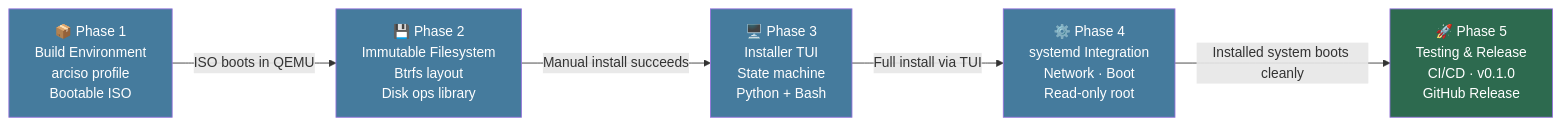
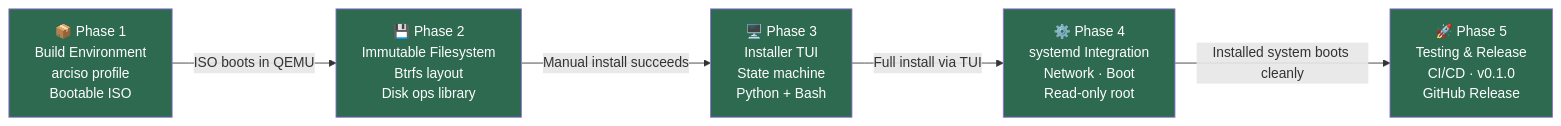
One commit to Arkh-Ur/ouroborOS changed the first of 2 diagrams in IMPLEMENTATION_PLAN.md. Above: the diagram before and after it, drawn with Mermaid. The commit also changed other lines of this file and 18 other files, not shown here.

````diff
--- a/IMPLEMENTATION_PLAN.md
+++ b/IMPLEMENTATION_PLAN.md
@@ -294,19 +296,19 @@
 ```mermaid
 flowchart LR
     P1["📦 Phase 1\nBuild Environment\narciso profile\nBootable ISO"]
     P2["💾 Phase 2\nImmutable Filesystem\nBtrfs layout\nDisk ops library"]
     P3["🖥️ Phase 3\nInstaller TUI\nState machine\nPython + Bash"]
     P4["⚙️ Phase 4\nsystemd Integration\nNetwork · Boot\nRead-only root"]
     P5["🚀 Phase 5\nTesting & Release\nCI/CD · v0.1.0\nGitHub Release"]
 
     P1 -->|"ISO boots in QEMU"| P2
     P2 -->|"Manual install succeeds"| P3
     P3 -->|"Full install via TUI"| P4
     P4 -->|"Installed system boots cleanly"| P5
 
-    style P1 fill:#457b9d,color:#fff
-    style P2 fill:#457b9d,color:#fff
-    style P3 fill:#457b9d,color:#fff
-    style P4 fill:#457b9d,color:#fff
+    style P1 fill:#2d6a4f,color:#fff
+    style P2 fill:#2d6a4f,color:#fff
+    style P3 fill:#2d6a4f,color:#fff
+    style P4 fill:#2d6a4f,color:#fff
     style P5 fill:#2d6a4f,color:#fff
 ```
````
